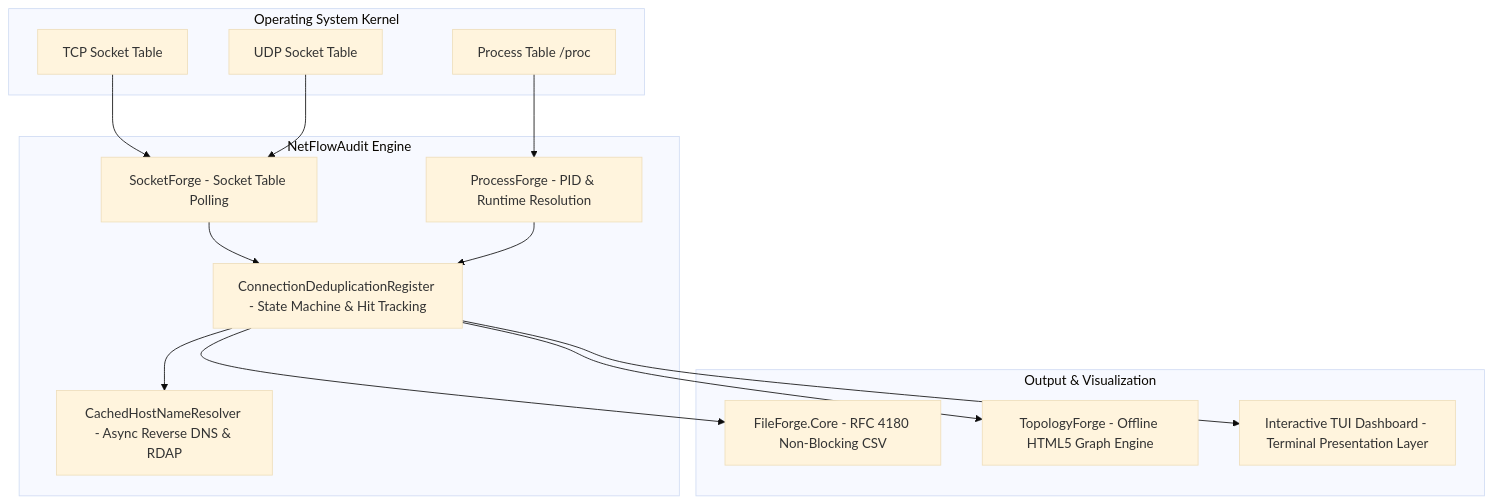
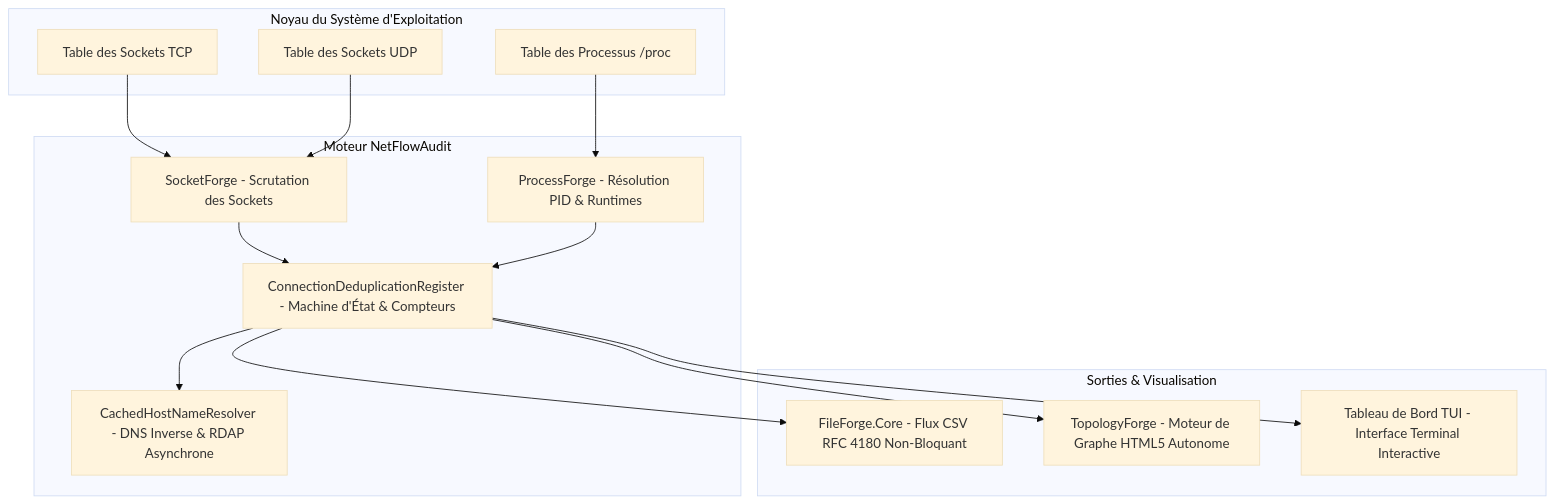
One commit to cedric-labs/NetFlowAudit changed the first of 3 diagrams in docs/architecture.md. Above: the diagram before and after it, drawn with Mermaid (base theme). The commit also changed other lines of this file and 4 other files, not shown here.

Commit message:
docs: add bilingual French and English versions for user-guide and architecture with language switchers

````diff
--- a/docs/architecture.md
+++ b/docs/architecture.md
@@ -9,31 +11,31 @@
 ```mermaid
 flowchart TD
-    subgraph OS_Kernel["Operating System Kernel"]
-        TCP["TCP Socket Table"]
-        UDP["UDP Socket Table"]
-        PROC["Process Table /proc"]
+    subgraph OS_Kernel["Noyau du Système d'Exploitation"]
+        TCP["Table des Sockets TCP"]
+        UDP["Table des Sockets UDP"]
+        PROC["Table des Processus /proc"]
     end
 
-    subgraph NetFlowAudit_Core["NetFlowAudit Engine"]
-        SF["SocketForge - Socket Table Polling"]
-        PF["ProcessForge - PID & Runtime Resolution"]
-        DEDUP["ConnectionDeduplicationRegister - State Machine & Hit Tracking"]
-        DNS["CachedHostNameResolver - Async Reverse DNS & RDAP"]
+    subgraph NetFlowAudit_Core["Moteur NetFlowAudit"]
+        SF["SocketForge - Scrutation des Sockets"]
+        PF["ProcessForge - Résolution PID & Runtimes"]
+        DEDUP["ConnectionDeduplicationRegister - Machine d'État & Compteurs"]
+        DNS["CachedHostNameResolver - DNS Inverse & RDAP Asynchrone"]
     end
 
-    subgraph Persistence_Presentation["Output & Visualization"]
-        FF["FileForge.Core - RFC 4180 Non-Blocking CSV"]
-        TF["TopologyForge - Offline HTML5 Graph Engine"]
-        TUI["Interactive TUI Dashboard - Terminal Presentation Layer"]
+    subgraph Persistence_Presentation["Sorties & Visualisation"]
+        FF["FileForge.Core - Flux CSV RFC 4180 Non-Bloquant"]
+        TF["TopologyForge - Moteur de Graphe HTML5 Autonome"]
+        TUI["Tableau de Bord TUI - Interface Terminal Interactive"]
     end
 
     TCP --> SF
     UDP --> SF
     PROC --> PF
     SF --> DEDUP
     PF --> DEDUP
     DEDUP --> DNS
     DEDUP --> FF
     DEDUP --> TF
     DEDUP --> TUI
 ```
````
